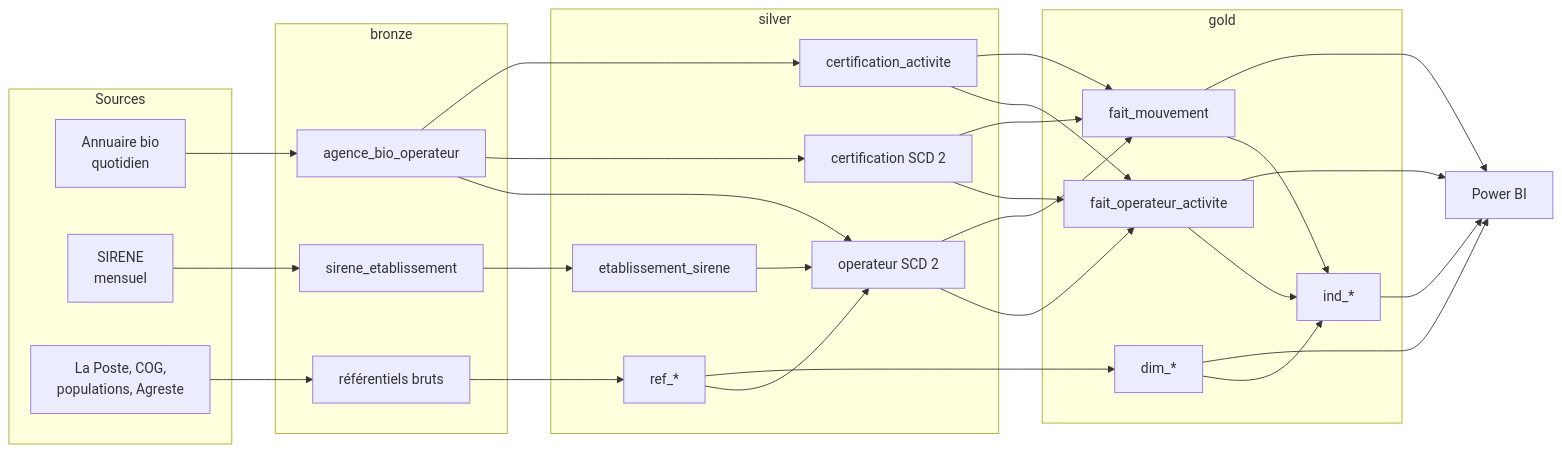
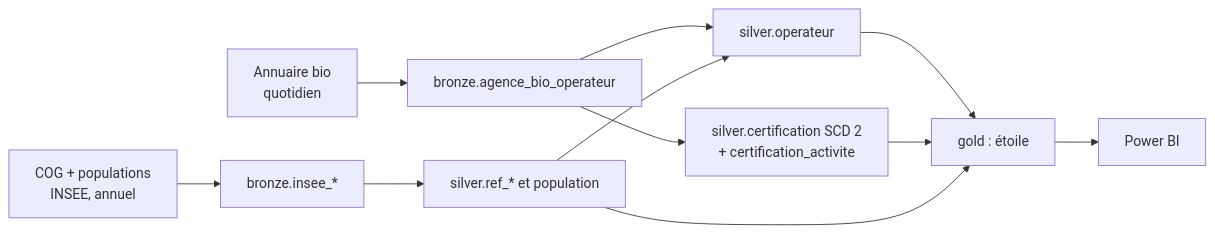
One commit to GuyMartial24/bio-operators-etl-pipeline changed the second of 3 diagrams in docs/modele_donnees.md. Above: the diagram before and after it, drawn with Mermaid. The commit also changed other lines of this file and 5 other files, not shown here.

````diff
--- a/docs/modele_donnees.md
+++ b/docs/modele_donnees.md
@@ -102,36 +74,11 @@
 ```mermaid
 flowchart LR
-    subgraph Sources
-        A[Annuaire bio<br/>quotidien]
-        S[SIRENE<br/>mensuel]
-        R[La Poste, COG,<br/>populations, Agreste]
-    end
-    subgraph bronze
-        BA[agence_bio_operateur]
-        BS[sirene_etablissement]
-        BR[référentiels bruts]
-    end
-    subgraph silver
-        OP[operateur SCD 2]
-        CE[certification SCD 2]
-        CA[certification_activite]
-        SE[etablissement_sirene]
-        REF[ref_*]
-    end
-    subgraph gold
-        F1[fait_operateur_activite]
-        F2[fait_mouvement]
-        D[dim_*]
-        I[ind_*]
-    end
-    A --> BA --> OP & CE & CA
-    S --> BS --> SE
-    R --> BR --> REF
-    SE --> OP
+    A[Annuaire bio<br/>quotidien] --> BA[bronze.agence_bio_operateur]
+    I[COG + populations<br/>INSEE, annuel] --> BI[bronze.insee_*]
+    BI --> REF[silver.ref_* et population]
+    BA --> OP[silver.operateur]
+    BA --> CE[silver.certification SCD 2<br/>+ certification_activite]
     REF --> OP
-    OP & CE & CA --> F1 & F2
-    REF --> D
-    F1 & F2 & D --> I
-    I --> PBI[Power BI]
-    F1 & F2 & D --> PBI
+    OP & CE & REF --> G[gold : étoile]
+    G --> PBI[Power BI]
 ```
````
